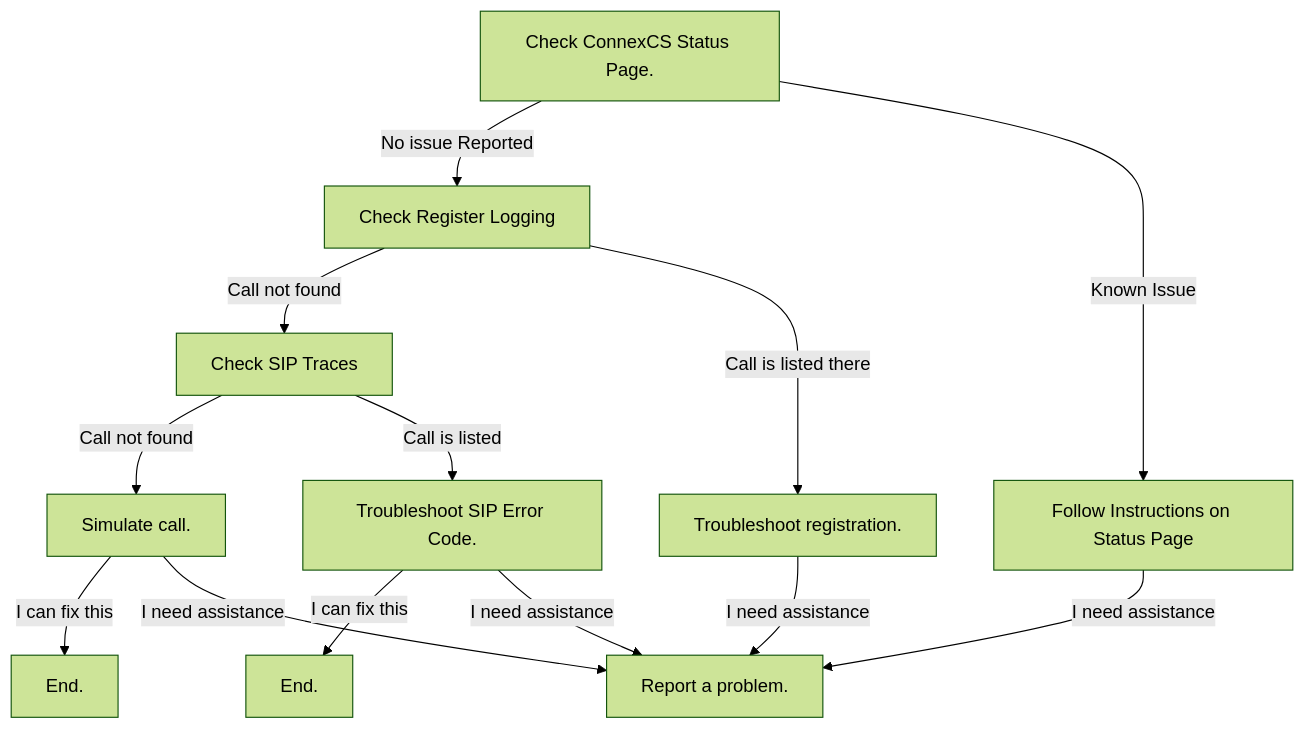
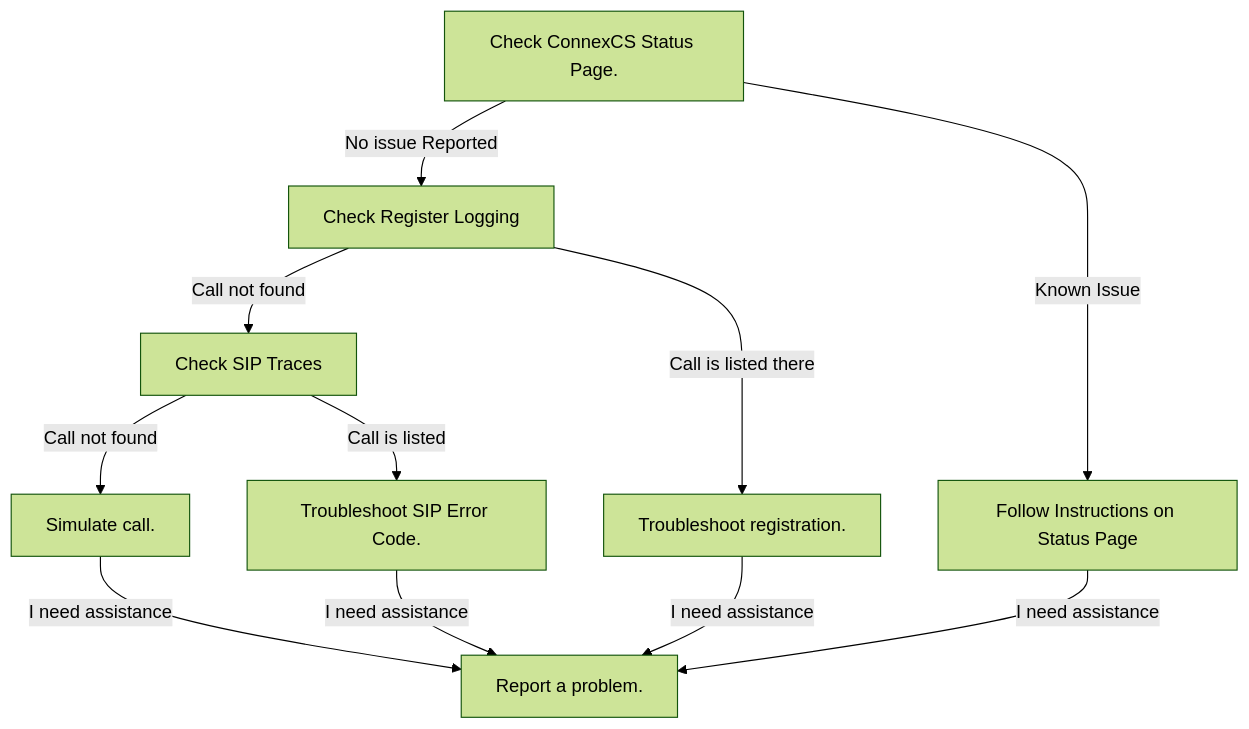
Before and after one commit to connexcs/docs: the diagram in docs/guides/tshoot-signal.md, drawn with Mermaid (forest theme).

Commit message:
Update tshoot-signal.md
fiixng mermaid

````diff
--- a/docs/guides/tshoot-signal.md
+++ b/docs/guides/tshoot-signal.md
@@ -30,15 +30,13 @@
 ```mermaid
 graph TD
     A[Check ConnexCS Status Page.]-->|No issue Reported| C[Check Register Logging]
     A[Check ConnexCS Status Page.]-->|Known Issue| B[Follow Instructions on Status Page]
     C -->|Call not found| E[Check SIP Traces]    
     C -->|Call is listed there| D[Troubleshoot registration.]
     E -->|Call not found| G[Simulate call.]
     E -->|Call is listed| F[Troubleshoot SIP Error Code.]
-    G -->|I can fix this| H[End.]
-    F -->|I can fix this| J[End.]
     G -->|I need assistance| I[Report a problem.]
     B -->|I need assistance| I[Report a problem.]
     D -->|I need assistance| I[Report a problem.]
     F -->|I need assistance| I[Report a problem.]
 ```
````
